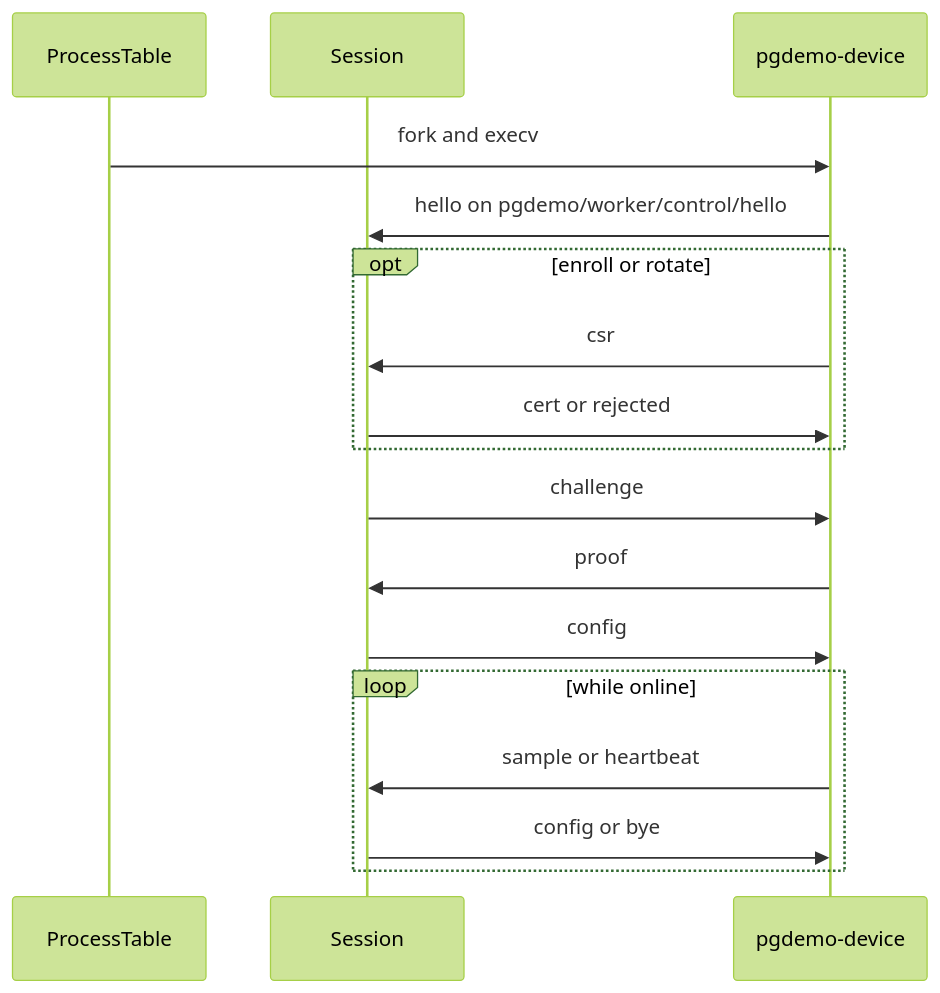
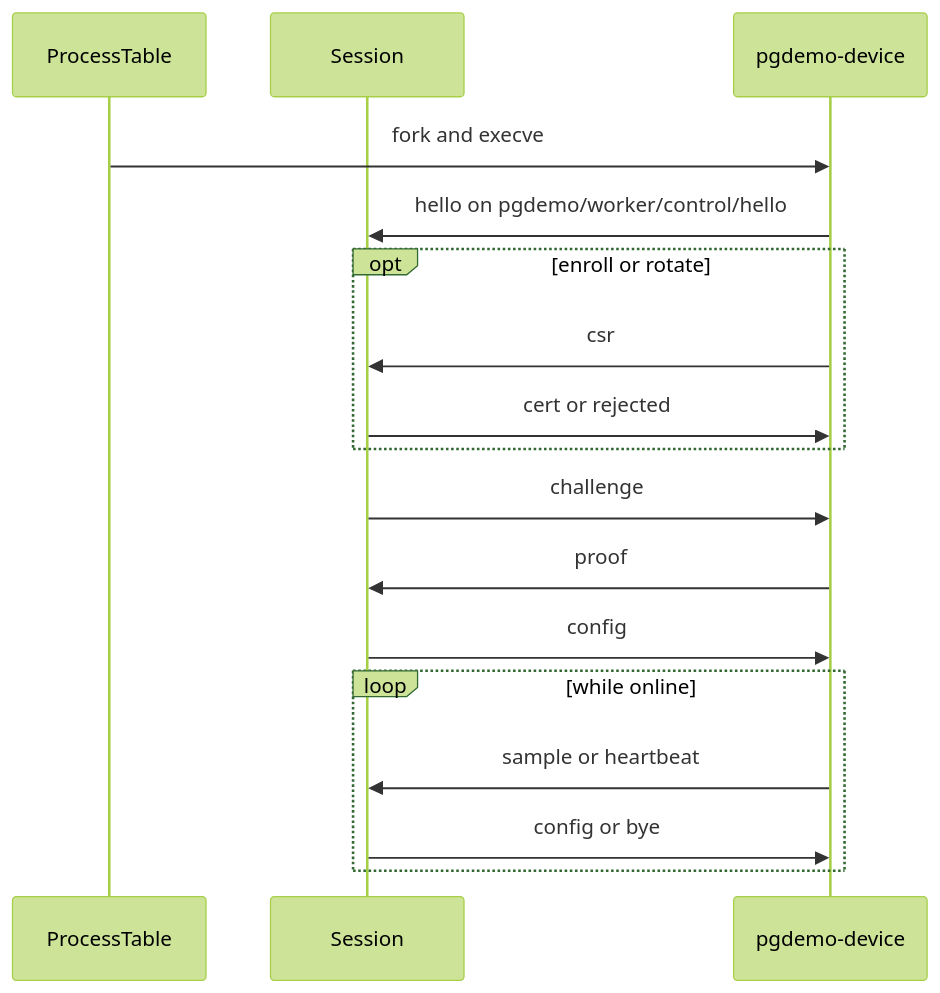
One commit to jgmatu/postgresql changed the second of 3 diagrams in controller/README.md. Above: the diagram before and after it, drawn with Mermaid (forest theme). The commit also changed other lines of this file and 10 other files, not shown here.

````diff
--- a/controller/README.md
+++ b/controller/README.md
@@ -145,19 +145,19 @@
 ```mermaid
 sequenceDiagram
     participant T as ProcessTable
     participant S as Session
     participant D as pgdemo-device
-    T->>D: fork and execv
+    T->>D: fork and execve
     D->>S: hello on pgdemo/worker/control/hello
     opt enroll or rotate
         D->>S: csr
         S->>D: cert or rejected
     end
     S->>D: challenge
     D->>S: proof
     S->>D: config
     loop while online
         D->>S: sample or heartbeat
         S->>D: config or bye
     end
 ```
````
